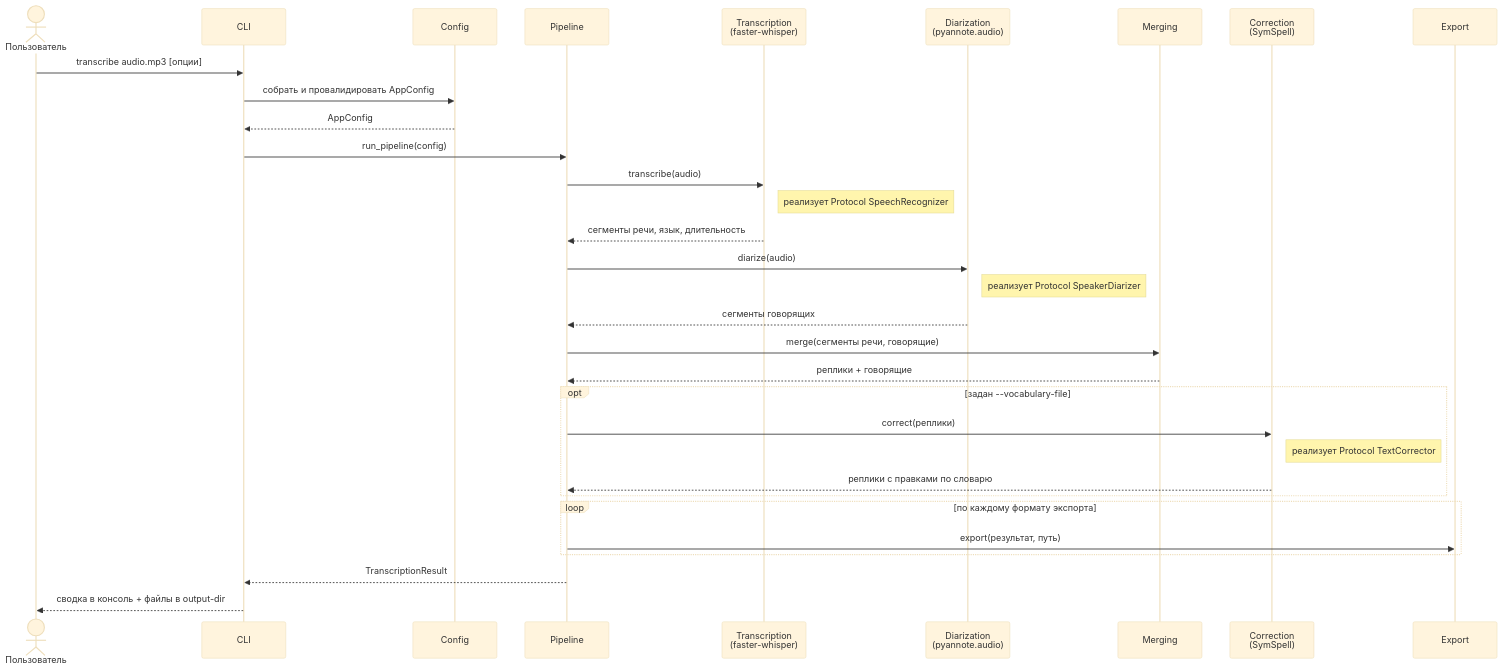
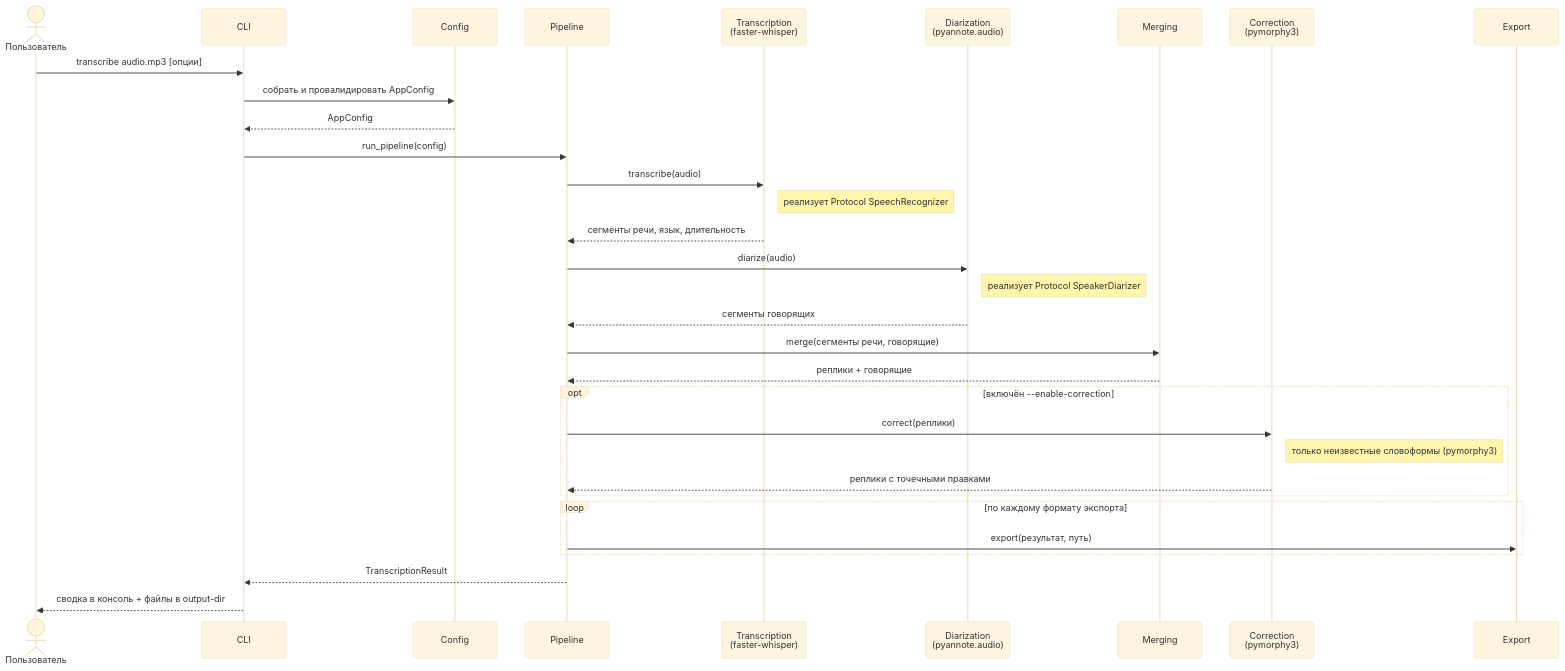
Before and after one commit to nikit-starcev/PyAudioTranscriptor: the diagram in README.md, drawn with Mermaid (base theme). The commit also changed other lines of this file and 20 other files, not shown here.

First line of the commit message:
feat(correction): автоисправление опечаток ASR через pymorphy3 без словаря

````diff
--- a/README.md
+++ b/README.md
@@ -344,41 +303,41 @@
 ```mermaid
 sequenceDiagram
     actor User as Пользователь
     participant CLI
     participant Config
     participant Pipeline
     participant ASR as Transcription<br/>(faster-whisper)
     participant Diar as Diarization<br/>(pyannote.audio)
     participant Merge as Merging
-    participant Correct as Correction<br/>(SymSpell)
+    participant Correct as Correction<br/>(pymorphy3)
     participant Export as Export
 
     User->>CLI: transcribe audio.mp3 [опции]
     CLI->>Config: собрать и провалидировать AppConfig
     Config-->>CLI: AppConfig
     CLI->>Pipeline: run_pipeline(config)
 
     Pipeline->>ASR: transcribe(audio)
     Note right of ASR: реализует Protocol SpeechRecognizer
     ASR-->>Pipeline: сегменты речи, язык, длительность
 
     Pipeline->>Diar: diarize(audio)
     Note right of Diar: реализует Protocol SpeakerDiarizer
     Diar-->>Pipeline: сегменты говорящих
 
     Pipeline->>Merge: merge(сегменты речи, говорящие)
     Merge-->>Pipeline: реплики + говорящие
 
-    opt задан --vocabulary-file
+    opt включён --enable-correction
         Pipeline->>Correct: correct(реплики)
-        Note right of Correct: реализует Protocol TextCorrector
-        Correct-->>Pipeline: реплики с правками по словарю
+        Note right of Correct: только неизвестные словоформы (pymorphy3)
+        Correct-->>Pipeline: реплики с точечными правками
     end
 
     loop по каждому формату экспорта
         Pipeline->>Export: export(результат, путь)
     end
 
     Pipeline-->>CLI: TranscriptionResult
     CLI-->>User: сводка в консоль + файлы в output-dir
 ```
````
